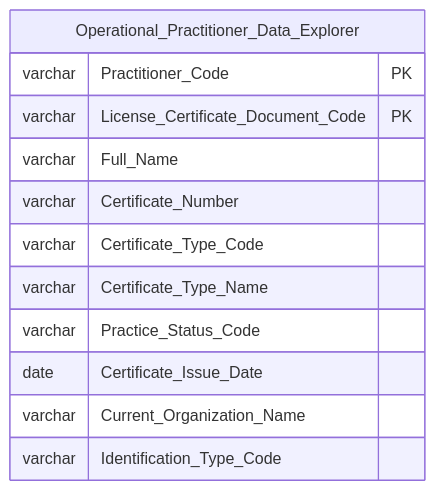
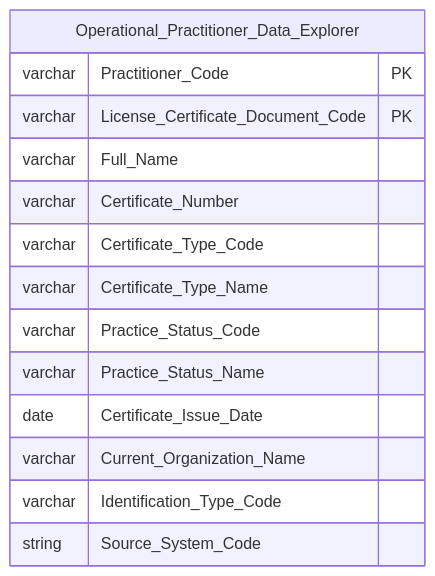
One commit to linhlvit/ubck_atomic_design changed diagram 38 of 40 in Datamart/hld/DTM_NHNCK_HLD.md. Above: the diagram before and after it, drawn with Mermaid. The commit also changed other lines of this file and 8 other files, not shown here.

````diff
--- a/Datamart/hld/DTM_NHNCK_HLD.md
+++ b/Datamart/hld/DTM_NHNCK_HLD.md
@@ -1545,16 +1570,18 @@
 ```mermaid
 erDiagram
     Operational_Practitioner_Data_Explorer {
         varchar Practitioner_Code PK
         varchar License_Certificate_Document_Code PK
         varchar Full_Name
         varchar Certificate_Number
         varchar Certificate_Type_Code
         varchar Certificate_Type_Name
         varchar Practice_Status_Code
+        varchar Practice_Status_Name
         date Certificate_Issue_Date
         varchar Current_Organization_Name
         varchar Identification_Type_Code
+        string Source_System_Code
 
     }
 ```
````
